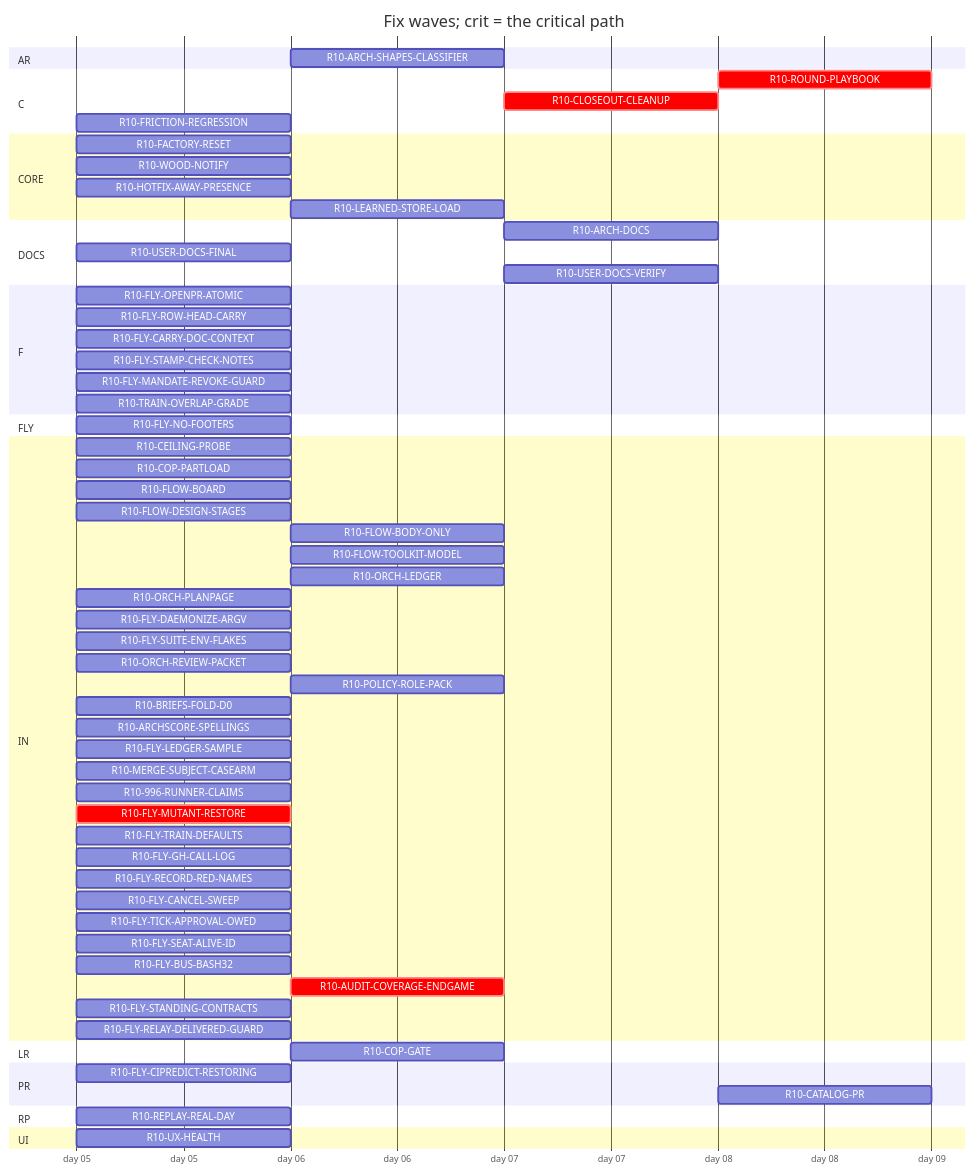
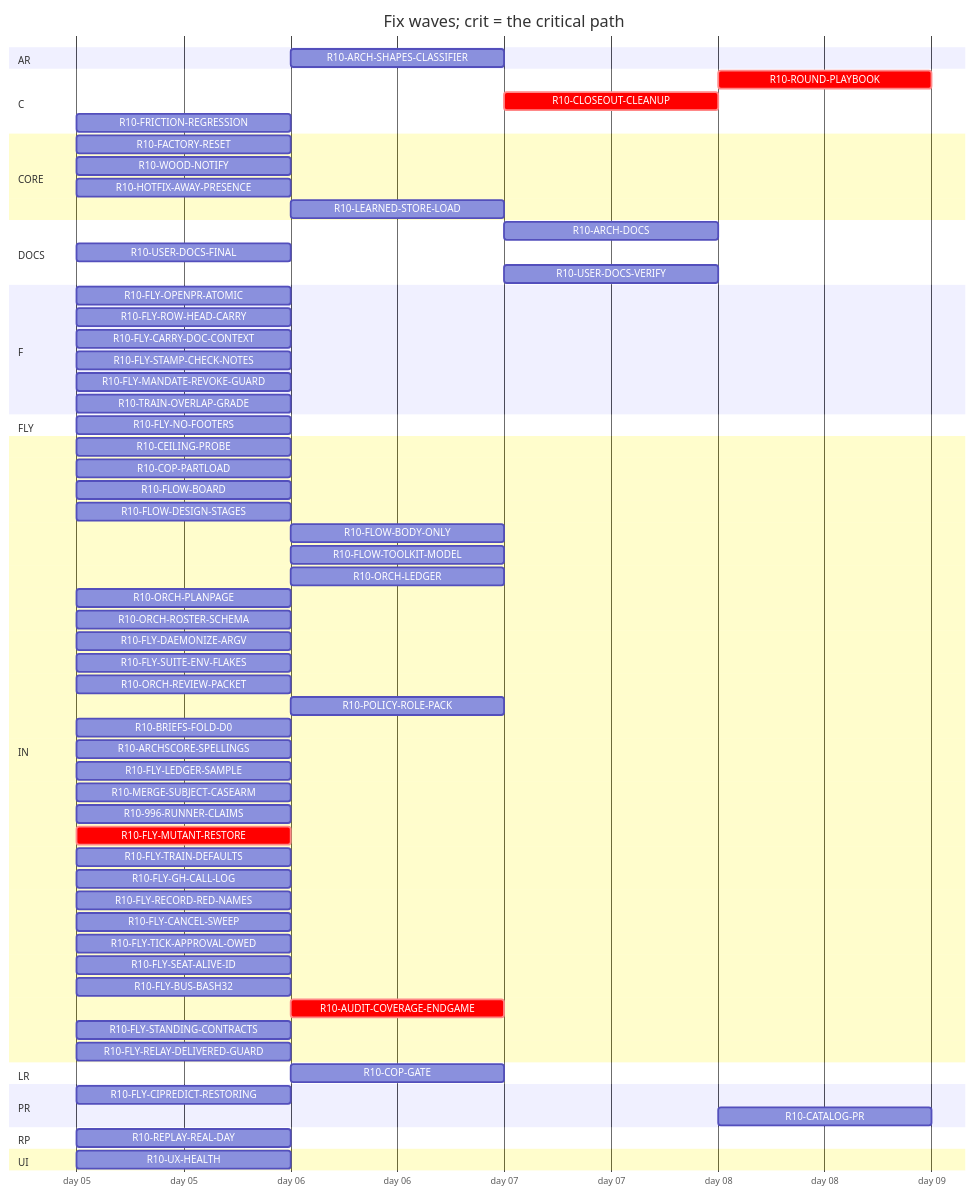
Before and after one commit to tvofi/heatpump_optimizer: the diagram in handoff/round10/state/PLAN-TABLE.md, drawn with Mermaid. The commit also changed other lines of this file and 3 other files, not shown here.

Commit message:
state: FLOW-BOARD.md, NEXT-SESSION-PROMPT.md, PLAN-TABLE.md, RESUME-CURRENT.md regenerated (state_docs.py)

````diff
--- a/handoff/round10/state/PLAN-TABLE.md
+++ b/handoff/round10/state/PLAN-TABLE.md
@@ -24,68 +24,69 @@
 ```mermaid
 gantt
   title Fix waves; crit = the critical path
   dateFormat YYYY-MM-DD
   axisFormat day %d
   section AR
     R10-ARCH-SHAPES-CLASSIFIER :r10ARCHSHAPESCLASSIFIER, after r10996RUNNERCLAIMS, 1d
   section C
-    R10-ROUND-PLAYBOOK :crit, r10ROUNDPLAYBOOK, after r10ORCHLEDGER r10ORCHPLANPAGE r10FLOWBODYONLY r10AUDITCOVERAGEENDGAME r10FLOWDESIGNSTAGES r10FLOWTOOLKITMODEL r10TRAINOVERLAPGRADE r10FLYTRAINDEFAULTS r10FLYCANCELSWEEP r10POLICYROLEPACK r10ORCHREVIEWPACKET r10FLOWBOARD r10CLOSEOUTCLEANUP, 1d
+    R10-ROUND-PLAYBOOK :crit, r10ROUNDPLAYBOOK, after r10ORCHLEDGER r10ORCHPLANPAGE r10FLOWBODYONLY r10AUDITCOVERAGEENDGAME r10FLOWDESIGNSTAGES r10ORCHROSTERSCHEMA r10FLOWTOOLKITMODEL r10TRAINOVERLAPGRADE r10FLYTRAINDEFAULTS r10FLYCANCELSWEEP r10POLICYROLEPACK r10ORCHREVIEWPACKET r10FLOWBOARD r10CLOSEOUTCLEANUP, 1d
     R10-CLOSEOUT-CLEANUP :crit, r10CLOSEOUTCLEANUP, after r10AUDITCOVERAGEENDGAME, 1d
     R10-FRICTION-REGRESSION :r10FRICTIONREGRESSION, 2026-01-05, 1d
   section CORE
     R10-FACTORY-RESET :r10FACTORYRESET, 2026-01-05, 1d
     R10-WOOD-NOTIFY :r10WOODNOTIFY, 2026-01-05, 1d
     R10-HOTFIX-AWAY-PRESENCE :r10HOTFIXAWAYPRESENCE, 2026-01-05, 1d
     R10-LEARNED-STORE-LOAD :r10LEARNEDSTORELOAD, after r10FACTORYRESET, 1d
   section DOCS
-    R10-ARCH-DOCS :r10ARCHDOCS, after r10COPGATE r10UXHEALTH r10CEILINGPROBE r10COPPARTLOAD r10FLOWBOARD r10FLOWDESIGNSTAGES r10FLOWBODYONLY r10FLYOPENPRATOMIC r10FLYROWHEADCARRY r10FLYCARRYDOCCONTEXT r10FLOWTOOLKITMODEL r10FLYSTAMPCHECKNOTES r10FLYMANDATEREVOKEGUARD r10TRAINOVERLAPGRADE r10FLYSUITEENVFLAKES r10ORCHLEDGER r10ORCHPLANPAGE r10FLYDAEMONIZEARGV r10ORCHREVIEWPACKET r10POLICYROLEPACK r10BRIEFSFOLDD0 r10REPLAYREALDAY r10ARCHSCORESPELLINGS r10FLYLEDGERSAMPLE, 1d
+    R10-ARCH-DOCS :r10ARCHDOCS, after r10COPGATE r10UXHEALTH r10CEILINGPROBE r10COPPARTLOAD r10FLOWBOARD r10FLOWDESIGNSTAGES r10FLOWBODYONLY r10FLYOPENPRATOMIC r10FLYROWHEADCARRY r10FLYCARRYDOCCONTEXT r10FLOWTOOLKITMODEL r10FLYSTAMPCHECKNOTES r10FLYMANDATEREVOKEGUARD r10TRAINOVERLAPGRADE r10FLYSUITEENVFLAKES r10ORCHLEDGER r10ORCHPLANPAGE r10ORCHROSTERSCHEMA r10FLYDAEMONIZEARGV r10ORCHREVIEWPACKET r10POLICYROLEPACK r10BRIEFSFOLDD0 r10REPLAYREALDAY r10ARCHSCORESPELLINGS r10FLYLEDGERSAMPLE, 1d
     R10-USER-DOCS-FINAL :r10USERDOCSFINAL, 2026-01-05, 1d
     R10-USER-DOCS-VERIFY :r10USERDOCSVERIFY, after r10COPGATE r10UXHEALTH r10CEILINGPROBE r10COPPARTLOAD r10FACTORYRESET r10WOODNOTIFY r10USERDOCSFINAL r10ARCHSHAPESCLASSIFIER r10HOTFIXAWAYPRESENCE, 1d
   section F
     R10-FLY-OPENPR-ATOMIC :r10FLYOPENPRATOMIC, 2026-01-05, 1d
     R10-FLY-ROW-HEAD-CARRY :r10FLYROWHEADCARRY, 2026-01-05, 1d
     R10-FLY-CARRY-DOC-CONTEXT :r10FLYCARRYDOCCONTEXT, 2026-01-05, 1d
     R10-FLY-STAMP-CHECK-NOTES :r10FLYSTAMPCHECKNOTES, 2026-01-05, 1d
     R10-FLY-MANDATE-REVOKE-GUARD :r10FLYMANDATEREVOKEGUARD, 2026-01-05, 1d
     R10-TRAIN-OVERLAP-GRADE :r10TRAINOVERLAPGRADE, 2026-01-05, 1d
   section FLY
     R10-FLY-NO-FOOTERS :r10FLYNOFOOTERS, 2026-01-05, 1d
   section IN
     R10-CEILING-PROBE :r10CEILINGPROBE, 2026-01-05, 1d
     R10-COP-PARTLOAD :r10COPPARTLOAD, 2026-01-05, 1d
     R10-FLOW-BOARD :r10FLOWBOARD, 2026-01-05, 1d
     R10-FLOW-DESIGN-STAGES :r10FLOWDESIGNSTAGES, 2026-01-05, 1d
     R10-FLOW-BODY-ONLY :r10FLOWBODYONLY, after r10FLYOPENPRATOMIC, 1d
     R10-FLOW-TOOLKIT-MODEL :r10FLOWTOOLKITMODEL, after r10ORCHPLANPAGE r10FLYCANCELSWEEP, 1d
     R10-ORCH-LEDGER :r10ORCHLEDGER, after r10FLYCANCELSWEEP, 1d
     R10-ORCH-PLANPAGE :r10ORCHPLANPAGE, 2026-01-05, 1d
+    R10-ORCH-ROSTER-SCHEMA :r10ORCHROSTERSCHEMA, 2026-01-05, 1d
     R10-FLY-DAEMONIZE-ARGV :r10FLYDAEMONIZEARGV, 2026-01-05, 1d
     R10-FLY-SUITE-ENV-FLAKES :r10FLYSUITEENVFLAKES, 2026-01-05, 1d
     R10-ORCH-REVIEW-PACKET :r10ORCHREVIEWPACKET, 2026-01-05, 1d
     R10-POLICY-ROLE-PACK :r10POLICYROLEPACK, after r10FLOWDESIGNSTAGES, 1d
     R10-BRIEFS-FOLD-D0 :r10BRIEFSFOLDD0, 2026-01-05, 1d
     R10-ARCHSCORE-SPELLINGS :r10ARCHSCORESPELLINGS, 2026-01-05, 1d
     R10-FLY-LEDGER-SAMPLE :r10FLYLEDGERSAMPLE, 2026-01-05, 1d
     R10-MERGE-SUBJECT-CASEARM :r10MERGESUBJECTCASEARM, 2026-01-05, 1d
     R10-996-RUNNER-CLAIMS :r10996RUNNERCLAIMS, 2026-01-05, 1d
     R10-FLY-MUTANT-RESTORE :crit, r10FLYMUTANTRESTORE, 2026-01-05, 1d
     R10-FLY-TRAIN-DEFAULTS :r10FLYTRAINDEFAULTS, 2026-01-05, 1d
     R10-FLY-GH-CALL-LOG :r10FLYGHCALLLOG, 2026-01-05, 1d
     R10-FLY-RECORD-RED-NAMES :r10FLYRECORDREDNAMES, 2026-01-05, 1d
     R10-FLY-CANCEL-SWEEP :r10FLYCANCELSWEEP, 2026-01-05, 1d
     R10-FLY-TICK-APPROVAL-OWED :r10FLYTICKAPPROVALOWED, 2026-01-05, 1d
     R10-FLY-SEAT-ALIVE-ID :r10FLYSEATALIVEID, 2026-01-05, 1d
     R10-FLY-BUS-BASH32 :r10FLYBUSBASH32, 2026-01-05, 1d
     R10-AUDIT-COVERAGE-ENDGAME :crit, r10AUDITCOVERAGEENDGAME, after r10FLYMUTANTRESTORE r10996RUNNERCLAIMS, 1d
     R10-FLY-STANDING-CONTRACTS :r10FLYSTANDINGCONTRACTS, 2026-01-05, 1d
     R10-FLY-RELAY-DELIVERED-GUARD :r10FLYRELAYDELIVEREDGUARD, 2026-01-05, 1d
   section LR
     R10-COP-GATE :r10COPGATE, after r10CEILINGPROBE, 1d
   section PR
     R10-FLY-CIPREDICT-RESTORING :r10FLYCIPREDICTRESTORING, 2026-01-05, 1d
     R10-CATALOG-PR :r10CATALOGPR, after r10USERDOCSVERIFY r10AUDITCOVERAGEENDGAME, 1d
   section RP
     R10-REPLAY-REAL-DAY :r10REPLAYREALDAY, 2026-01-05, 1d
   section UI
     R10-UX-HEALTH :r10UXHEALTH, 2026-01-05, 1d
 ```
````
